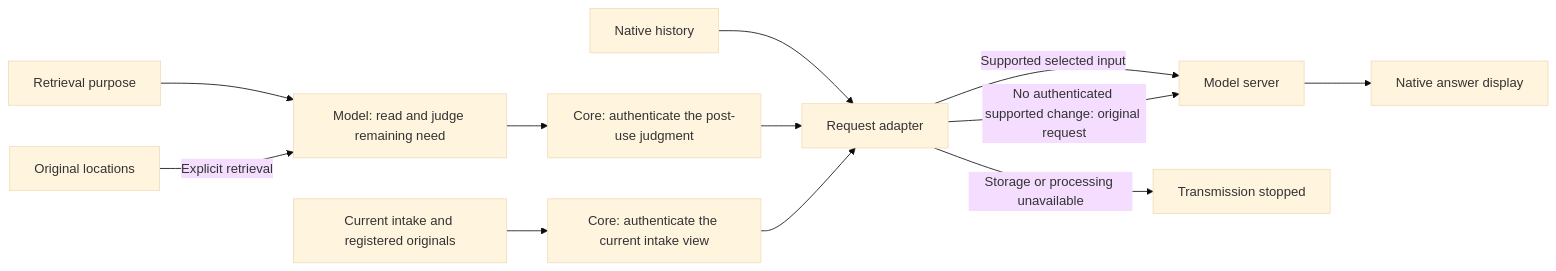
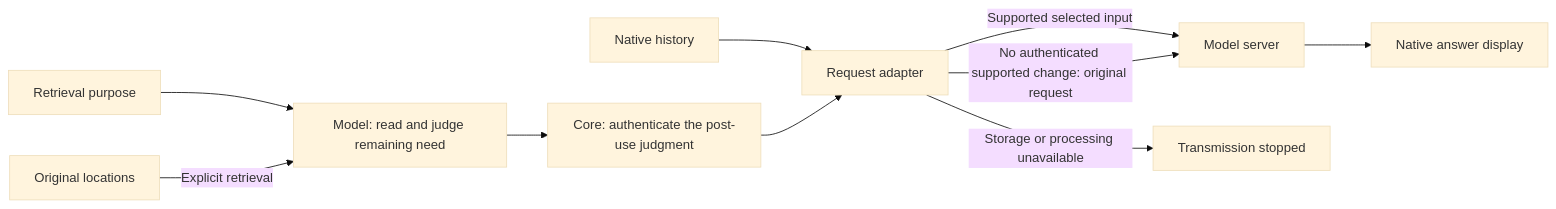
Before and after one commit to AidALL/ghost-alice: the fourth of 4 diagrams in architecture.md, drawn with Mermaid (base theme). The commit also changed other lines of this file and 18 other files, not shown here.

First line of the commit message:
Read host logs by complete records and remove the Codex intake view

````diff
--- a/architecture.md
+++ b/architecture.md
@@ -75,14 +73,12 @@
 ```mermaid
 flowchart LR
   P["Retrieval purpose"] --> M["Model: read and judge remaining need"]
   M --> C["Core: authenticate the post-use judgment"]
   H["Native history"] --> A["Request adapter"]
   C --> A
-  N["Current intake and registered originals"] --> I["Core: authenticate the current intake view"]
-  I --> A
   A -->|Supported selected input| S["Model server"]
   A -->|No authenticated supported change: original request| S
   A -->|Storage or processing unavailable| U["Transmission stopped"]
   S --> D["Native answer display"]
   O["Original locations"] -->|Explicit retrieval| M
 ```
````
